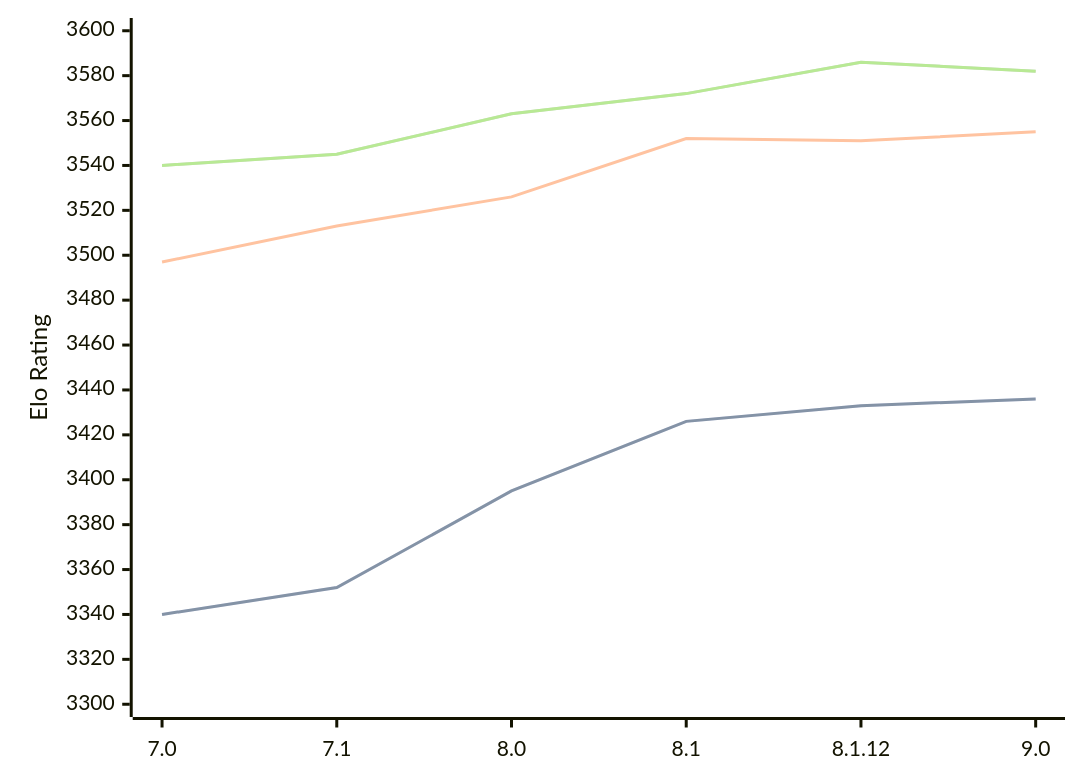
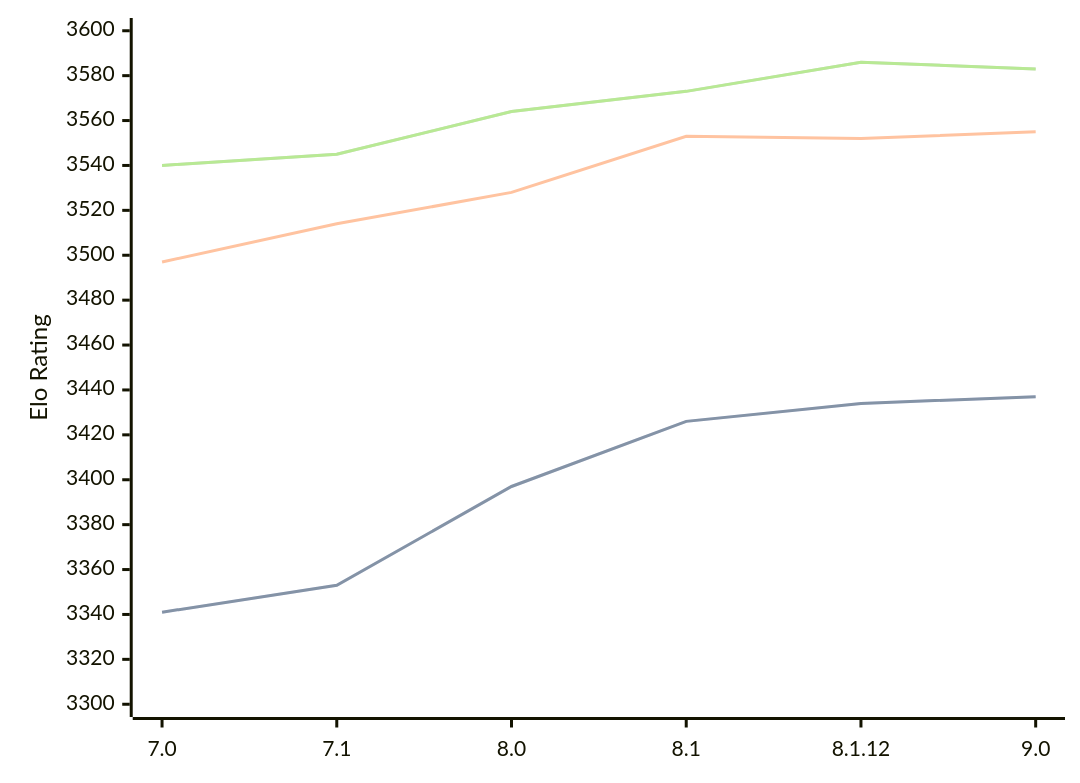
The diagram in engines/Alexandria.md (computer-chess-index/cci), drawn with Mermaid before and after one commit. The commit also changed other lines of this file, not shown here.

Commit message:
Update CCI Ratings (ELO VLTC) - 2026-09-16

````diff
--- a/engines/Alexandria.md
+++ b/engines/Alexandria.md
@@ -36,11 +36,11 @@
 ```mermaid
 %%{init: {"theme":"base","themeVariables":{"seriesColors:['#a3a3a3','#222221','#faa371']}}}%%
 xychart-beta
   x-axis ["7.0", "7.1", "8.0", "8.1", "8.1.12", "9.0"]
   y-axis "Elo Rating" 3300 --> 3600
-  line "" [3340, 3352, 3395, 3426, 3433, 3436]
-  line "STC (8.0+0.08s)" [3340, 3352, 3395, 3426, 3433, 3436]
-  line "LTC (60.0+0.60s)" [3497, 3513, 3526, 3552, 3551, 3555]
-  line "" [3540, 3545, 3563, 3572, 3586, 3582]
-  line "VLTC (2m24s+1.12s)" [3540, 3545, 3563, 3572, 3586, 3582]
+  line "" [3341, 3353, 3397, 3426, 3434, 3437]
+  line "STC (8.0+0.08s)" [3341, 3353, 3397, 3426, 3434, 3437]
+  line "LTC (60.0+0.60s)" [3497, 3514, 3528, 3553, 3552, 3555]
+  line "" [3540, 3545, 3564, 3573, 3586, 3583]
+  line "VLTC (2m24s+1.12s)" [3540, 3545, 3564, 3573, 3586, 3583]
 ```
````
